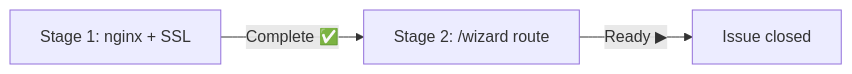
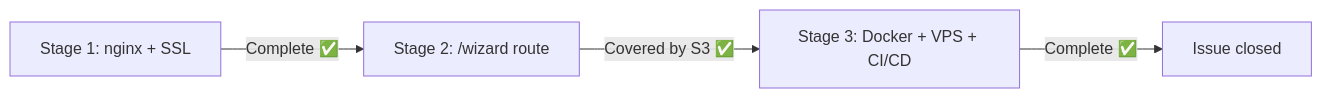
One commit to A1eksMa/four-t changed the diagram in docs/proposals/epic-1-four-t-initial-release/child-8-phase-6-demo/progress.md. Above: the diagram before and after it, drawn with Mermaid. The commit also changed other lines of this file and 2 other files, not shown here.

First line of the commit message:
docs(issue-8): add Stage 3 progress report, close issue — demo live on VPS

````diff
--- a/docs/proposals/epic-1-four-t-initial-release/child-8-phase-6-demo/progress.md
+++ b/docs/proposals/epic-1-four-t-initial-release/child-8-phase-6-demo/progress.md
@@ -7,5 +7,6 @@
 ```mermaid
 graph LR
     S1[Stage 1: nginx + SSL] -->|Complete ✅| S2[Stage 2: /wizard route]
-    S2 -->|Ready ▶| DONE[Issue closed]
+    S2 -->|Covered by S3 ✅| S3[Stage 3: Docker + VPS + CI/CD]
+    S3 -->|Complete ✅| DONE[Issue closed]
 ```
````
